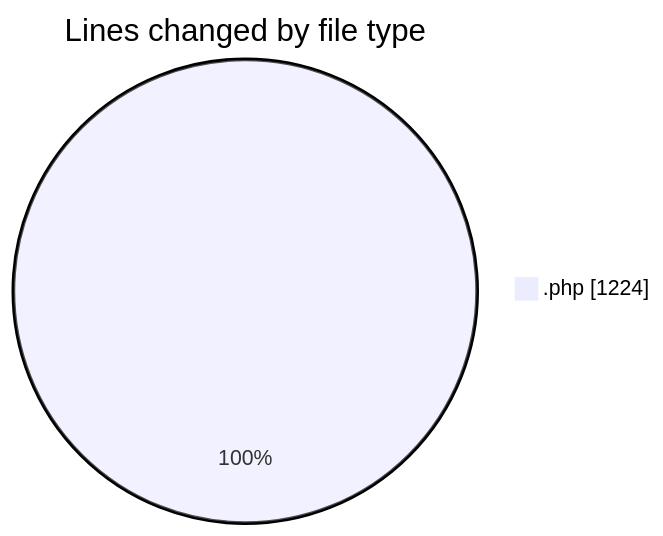
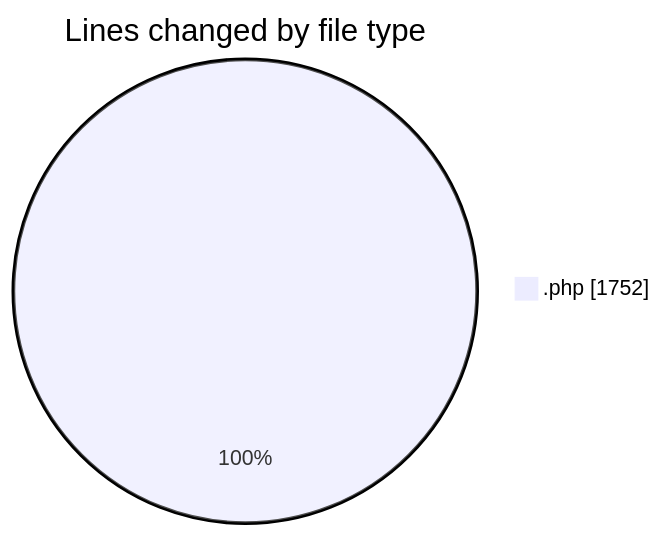
Before and after one commit to debugP/code-tracking: the first of 2 diagrams in 2025-08-22/jmb-woocommerce-price-updater/README.md, drawn with Mermaid. The commit also changed other lines of this file and 1 other file, not shown here.

````diff
--- a/2025-08-22/jmb-woocommerce-price-updater/README.md
+++ b/2025-08-22/jmb-woocommerce-price-updater/README.md
@@ -20,5 +20,5 @@
 ```mermaid
 pie showData
 title Lines changed by file type
-".php" : 1224
+".php" : 1752
 ```
````
